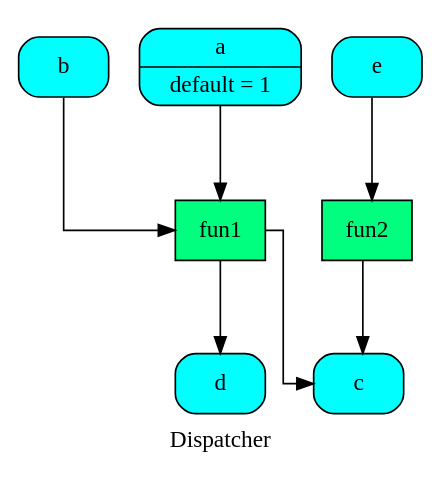
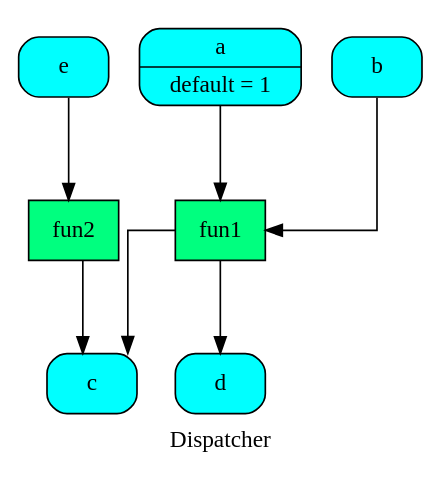
The diagram in doc/source/dispatcher/__init__/get_sub_dsp_from_workflow/dsp.dot (vinci1it2000/schedula), drawn with Graphviz before and after one commit. The commit also changed 26 other files, not shown here.

```diff
--- a/doc/source/dispatcher/__init__/get_sub_dsp_from_workflow/dsp.dot
+++ b/doc/source/dispatcher/__init__/get_sub_dsp_from_workflow/dsp.dot
@@ -1,19 +1,19 @@
 digraph Dispatcher {
 	graph [ratio=1]
 	node [style=filled]
+	label = "Dispatcher"
 	splines = ortho
-	label = "Dispatcher"
-		"Dispatcher_-427784935824896063" [label="{ b  }" fillcolor=cyan shape=Mrecord]
-		"Dispatcher_-4445111242917612282" [label="{ e  }" fillcolor=cyan shape=Mrecord]
-		Dispatcher_3788701081272013541 [label="{ fun1  }" fillcolor=springgreen shape=record]
-		Dispatcher_5626300579074633926 [label="{ c  }" fillcolor=cyan shape=Mrecord]
-		"Dispatcher_-3574468403947108869" [label="{ a | default = 1 }" fillcolor=cyan shape=Mrecord]
-		"Dispatcher_-326614085633400115" [label="{ fun2  }" fillcolor=springgreen shape=record]
-		"Dispatcher_-6866225254170713515" [label="{ d  }" fillcolor=cyan shape=Mrecord]
-			"Dispatcher_-427784935824896063" -> Dispatcher_3788701081272013541
-			"Dispatcher_-4445111242917612282" -> "Dispatcher_-326614085633400115"
-			Dispatcher_3788701081272013541 -> "Dispatcher_-6866225254170713515"
-			Dispatcher_3788701081272013541 -> Dispatcher_5626300579074633926
-			"Dispatcher_-3574468403947108869" -> Dispatcher_3788701081272013541
-			"Dispatcher_-326614085633400115" -> Dispatcher_5626300579074633926
+		Dispatcher_4028652557604299651 [label="{ d  }" fillcolor=cyan shape=Mrecord]
+		"Dispatcher_-6116169728861687157" [label="{ e  }" fillcolor=cyan shape=Mrecord]
+		"Dispatcher_-6219333133727501803" [label="{ fun2  }" fillcolor=springgreen shape=record]
+		"Dispatcher_-1739731674132073175" [label="{ c  }" fillcolor=cyan shape=Mrecord]
+		"Dispatcher_-8503278920192876870" [label="{ a | default = 1 }" fillcolor=cyan shape=Mrecord]
+		"Dispatcher_-3117625956851900853" [label="{ b  }" fillcolor=cyan shape=Mrecord]
+		Dispatcher_3621108375693654285 [label="{ fun1  }" fillcolor=springgreen shape=record]
+			"Dispatcher_-6116169728861687157" -> "Dispatcher_-6219333133727501803"
+			"Dispatcher_-6219333133727501803" -> "Dispatcher_-1739731674132073175"
+			"Dispatcher_-8503278920192876870" -> Dispatcher_3621108375693654285
+			"Dispatcher_-3117625956851900853" -> Dispatcher_3621108375693654285
+			Dispatcher_3621108375693654285 -> "Dispatcher_-1739731674132073175"
+			Dispatcher_3621108375693654285 -> Dispatcher_4028652557604299651
 }
```
